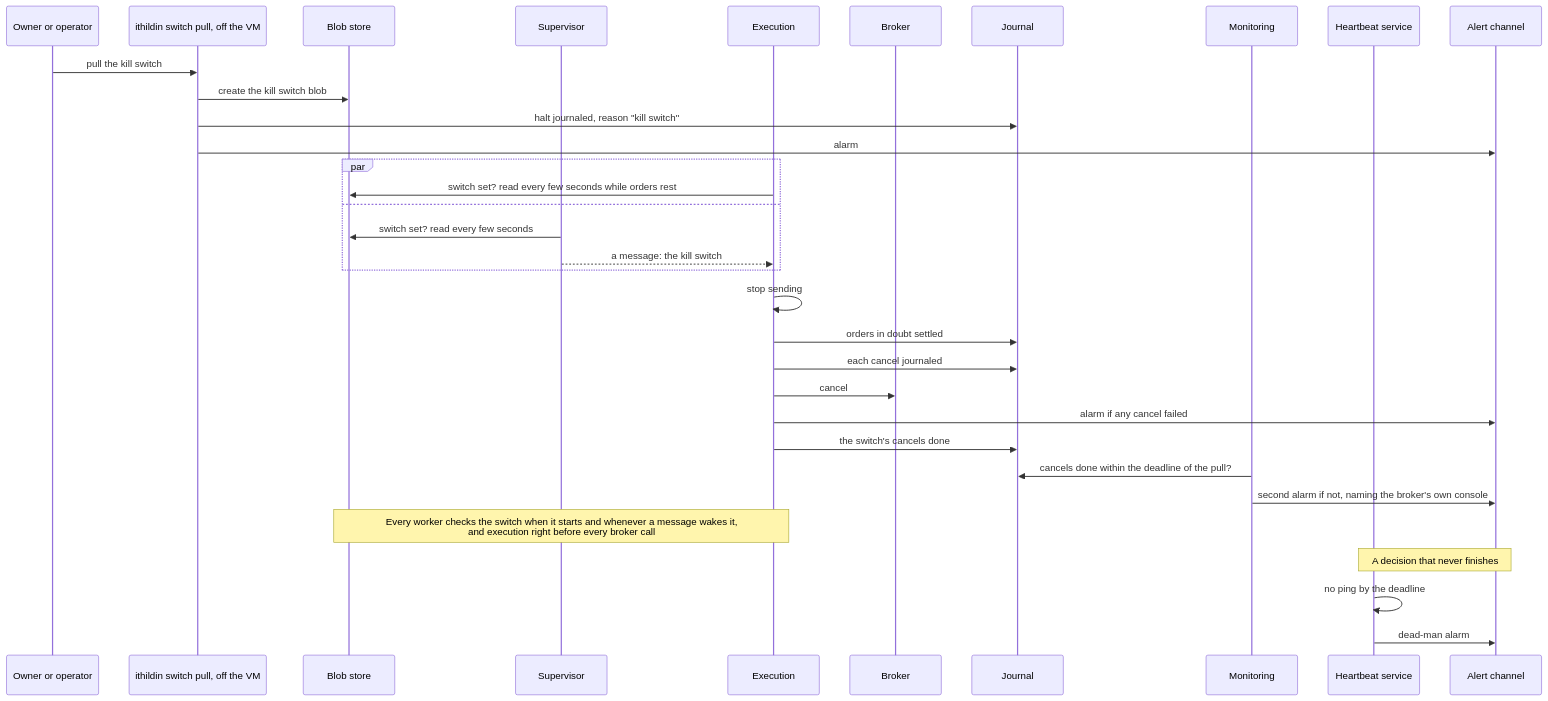
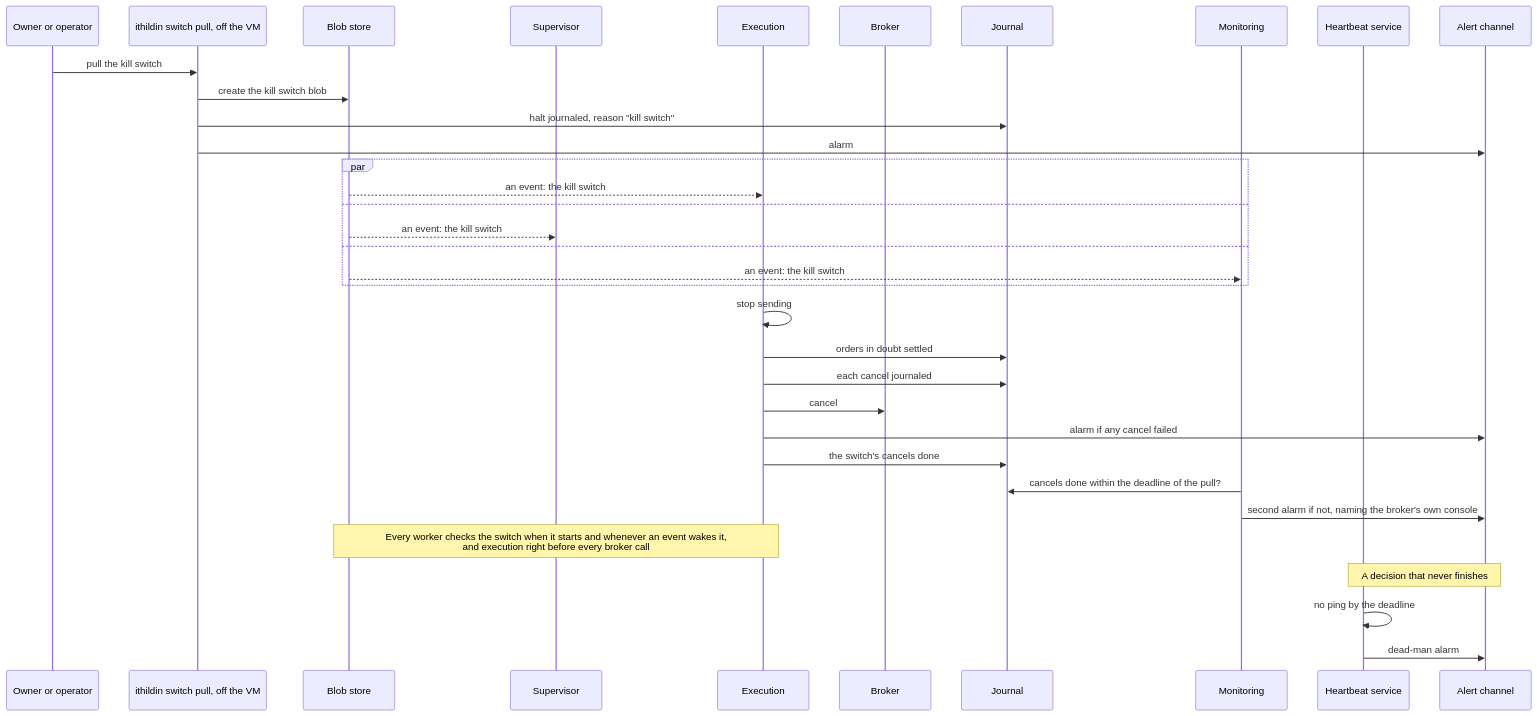
The ninth of 16 diagrams in docs/architecture.md (l3a0/ithildin-runtime), drawn with Mermaid before and after one commit. The commit also changed other lines of this file and 1 other file, not shown here.

````diff
--- a/docs/architecture.md
+++ b/docs/architecture.md
@@ -847,37 +841,38 @@
 ```mermaid
 sequenceDiagram
     participant P as Owner or operator
     participant K as ithildin switch pull, off the VM
     participant F as Blob store
     participant V as Supervisor
     participant X as Execution
     participant B as Broker
     participant J as Journal
     participant M as Monitoring
     participant H as Heartbeat service
     participant A as Alert channel
 
     P->>K: pull the kill switch
     K->>F: create the kill switch blob
     K->>J: halt journaled, reason "kill switch"
     K->>A: alarm
     par
-        X->>F: switch set? read every few seconds while orders rest
+                F-->>X: an event: the kill switch
     and
-        V->>F: switch set? read every few seconds
-        V-->>X: a message: the kill switch
+        F-->>V: an event: the kill switch
+    and
+        F-->>M: an event: the kill switch
     end
     X->>X: stop sending
     X->>J: orders in doubt settled
     X->>J: each cancel journaled
     X->>B: cancel
     X->>A: alarm if any cancel failed
     X->>J: the switch's cancels done
     M->>J: cancels done within the deadline of the pull?
     M->>A: second alarm if not, naming the broker's own console
-    Note over F,X: Every worker checks the switch when it starts and whenever a message wakes it,<br/>and execution right before every broker call
+    Note over F,X: Every worker checks the switch when it starts and whenever an event wakes it,<br/>and execution right before every broker call
 
     Note over H,A: A decision that never finishes
     H->>H: no ping by the deadline
     H->>A: dead-man alarm
 ```
````
